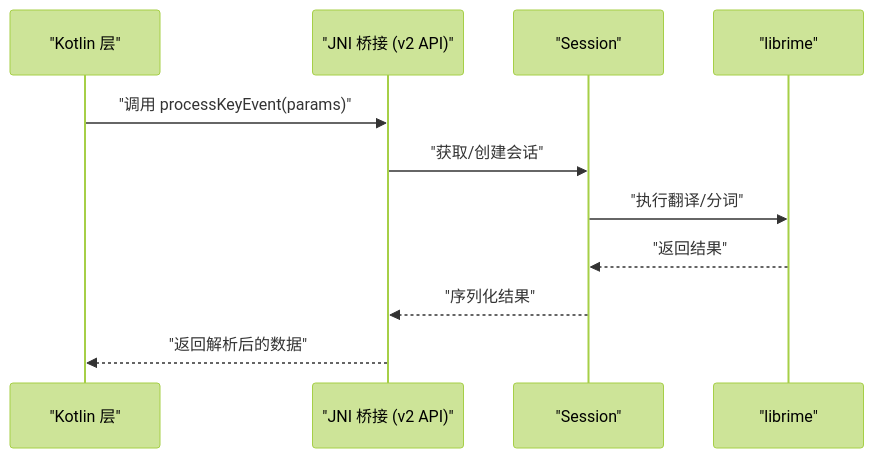
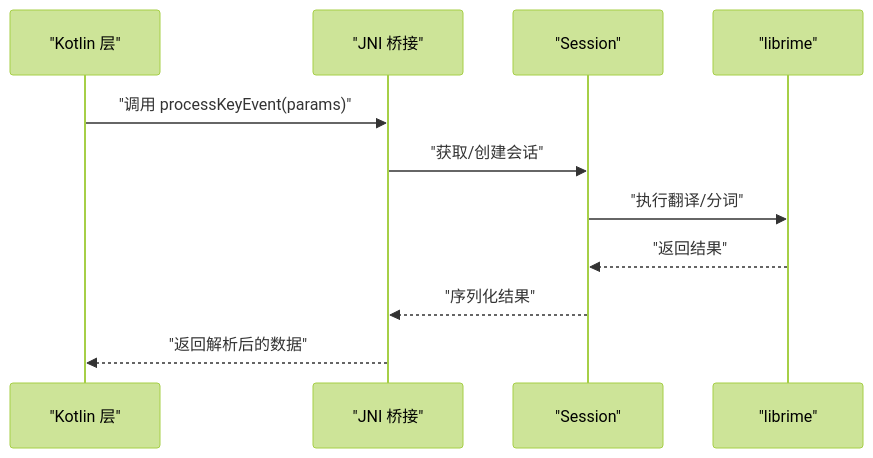
The ninth of 10 diagrams in .qoder/repowiki/zh/content/项目概览/架构概览.md (qiaodashaoye/ziyou-ime), drawn with Mermaid (forest theme) before and after one commit. The commit also changed other lines of this file and 7 other files, not shown here.

````diff
--- a/.qoder/repowiki/zh/content/项目概览/架构概览.md
+++ b/.qoder/repowiki/zh/content/项目概览/架构概览.md
@@ -369,13 +409,13 @@
 ```mermaid
 sequenceDiagram
 participant Kotlin as "Kotlin 层"
-participant JNI as "JNI 桥接 (v2 API)"
+participant JNI as "JNI 桥接"
 participant Session as "Session"
 participant Librime as "librime"
 Kotlin->>JNI : "调用 processKeyEvent(params)"
 JNI->>Session : "获取/创建会话"
 Session->>Librime : "执行翻译/分词"
 Librime-->>Session : "返回结果"
 Session-->>JNI : "序列化结果"
 JNI-->>Kotlin : "返回解析后的数据"
 ```
````
